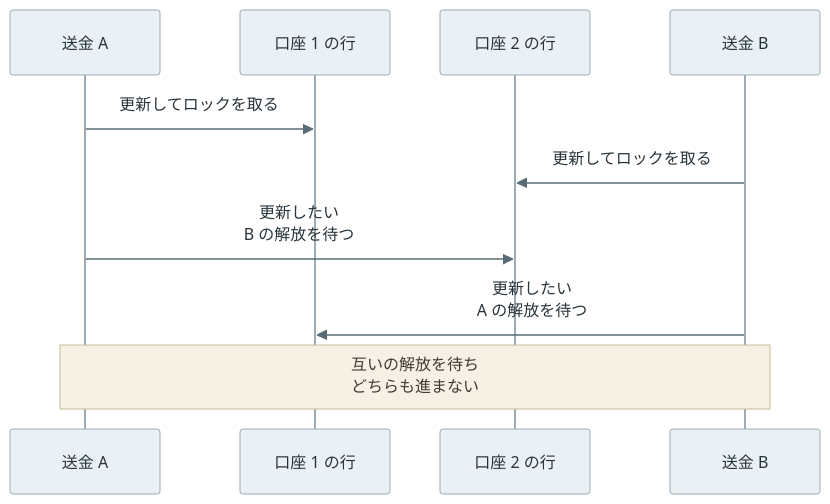
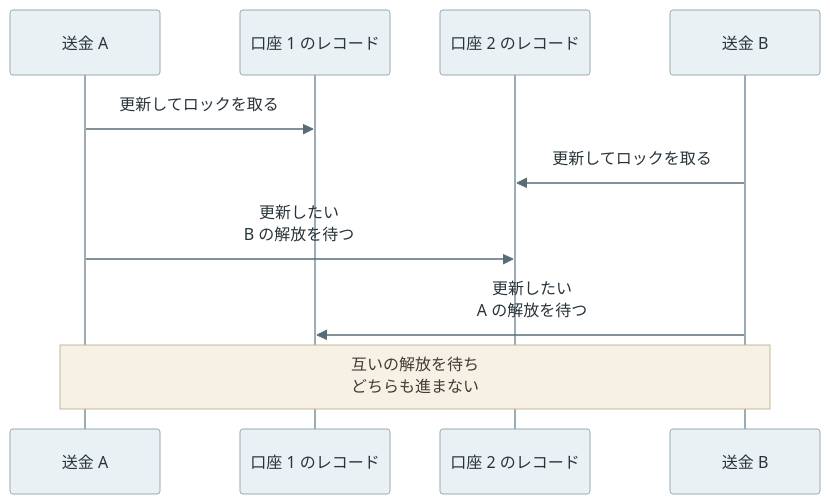
The first of 7 diagrams in content/notes/database-systems/deadlock/index.md (nao1215/debimate), drawn with Mermaid before and after one commit. The commit also changed other lines of this file and 125 other files, not shown here.

````diff
--- a/content/notes/database-systems/deadlock/index.md
+++ b/content/notes/database-systems/deadlock/index.md
@@ -17,13 +17,13 @@
 ```mermaid
 %%{init: {"theme":"base","themeVariables":{"primaryColor":"#eaf1f5","primaryTextColor":"#28343b","primaryBorderColor":"#9cabb5","lineColor":"#596b76","textColor":"#28343b","actorBkg":"#eaf1f5","actorBorder":"#9cabb5","actorTextColor":"#28343b","actorLineColor":"#9cabb5","signalColor":"#596b76","signalTextColor":"#28343b","noteBkgColor":"#f7f1e5","noteBorderColor":"#c5b99b","noteTextColor":"#403c32","activationBkgColor":"#edf3ef","activationBorderColor":"#9aafa1"}}}%%
 sequenceDiagram
     participant A as 送金 A
-    participant R1 as 口座 1 の行
-    participant R2 as 口座 2 の行
+    participant R1 as 口座 1 のレコード
+    participant R2 as 口座 2 のレコード
     participant B as 送金 B
     A->>R1: 更新してロックを取る
     B->>R2: 更新してロックを取る
     A->>R2: 更新したい<br/>B の解放を待つ
     B->>R1: 更新したい<br/>A の解放を待つ
     Note over A,B: 互いの解放を待ち<br/>どちらも進まない
 ```
````
